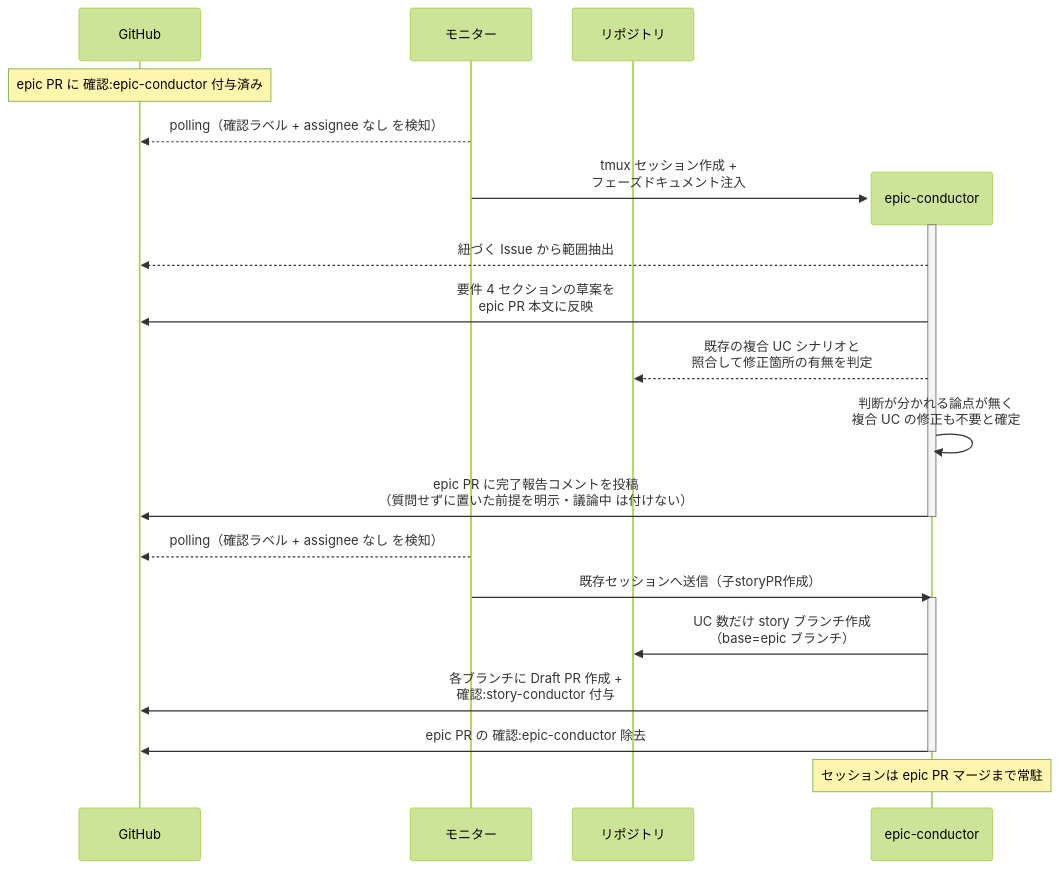
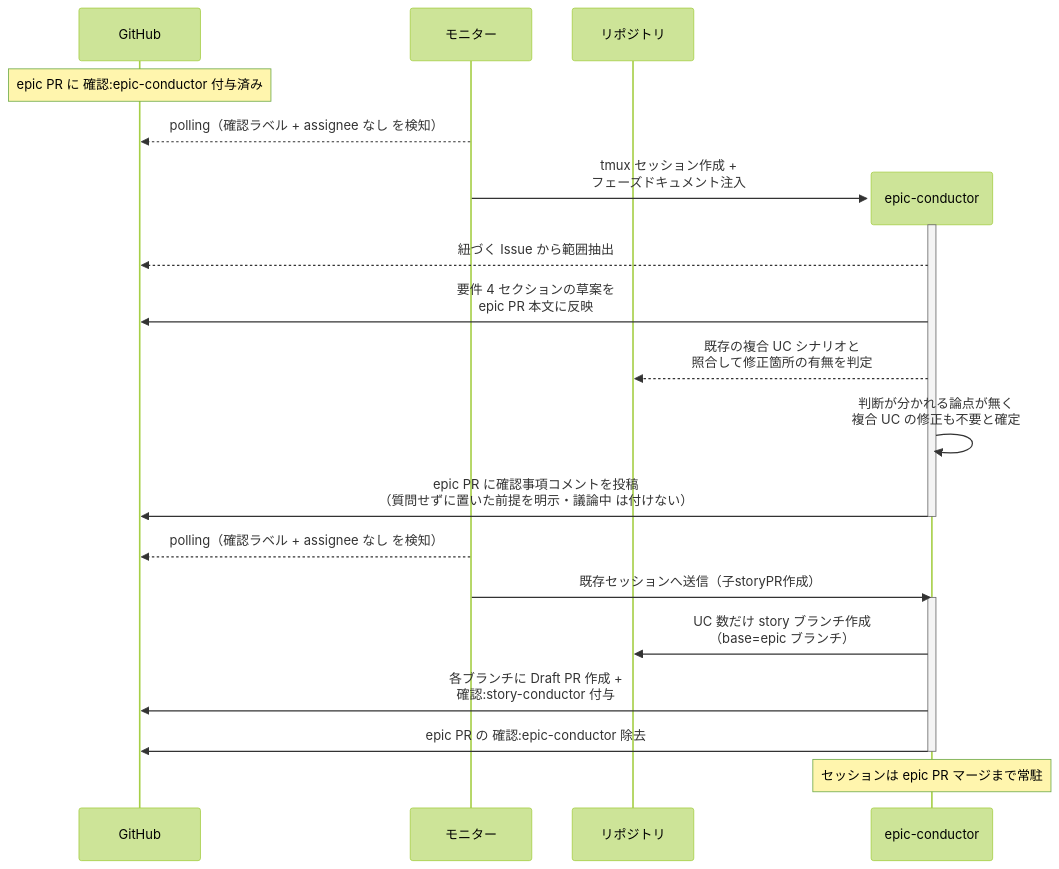
One commit to shuhei1101/ai-monitor changed the second of 5 diagrams in docs/wiki/設計図/シナリオ/単一ユースケース/epic要件確定.md. Above: the diagram before and after it, drawn with Mermaid (forest theme). The commit also changed other lines of this file and 174 other files, not shown here.

````diff
--- a/docs/wiki/設計図/シナリオ/単一ユースケース/epic要件確定.md
+++ b/docs/wiki/設計図/シナリオ/単一ユースケース/epic要件確定.md
@@ -103,27 +103,27 @@
 ```mermaid
 sequenceDiagram
   participant GH as GitHub
   participant ORC as モニター
   participant REPO as リポジトリ
 
   Note over GH: epic PR に 確認:epic-conductor 付与済み
   ORC-->>GH: polling（確認ラベル + assignee なし を検知）
   create participant MON as epic-conductor
   ORC->>MON: tmux セッション作成 +<br>フェーズドキュメント注入
   activate MON
   MON-->>GH: 紐づく Issue から範囲抽出
   MON->>GH: 要件 4 セクションの草案を<br>epic PR 本文に反映
   MON-->>REPO: 既存の複合 UC シナリオと<br>照合して修正箇所の有無を判定
   MON->>MON: 判断が分かれる論点が無く<br>複合 UC の修正も不要と確定
-  MON->>GH: epic PR に完了報告コメントを投稿<br>（質問せずに置いた前提を明示・議論中 は付けない）
+  MON->>GH: epic PR に確認事項コメントを投稿<br>（質問せずに置いた前提を明示・議論中 は付けない）
   deactivate MON
 
   ORC-->>GH: polling（確認ラベル + assignee なし を検知）
   ORC->>MON: 既存セッションへ送信（子storyPR作成）
   activate MON
   MON->>REPO: UC 数だけ story ブランチ作成<br>（base=epic ブランチ）
   MON->>GH: 各ブランチに Draft PR 作成 +<br>確認:story-conductor 付与
   MON->>GH: epic PR の 確認:epic-conductor 除去
   deactivate MON
   Note over MON: セッションは epic PR マージまで常駐
 ```
````
